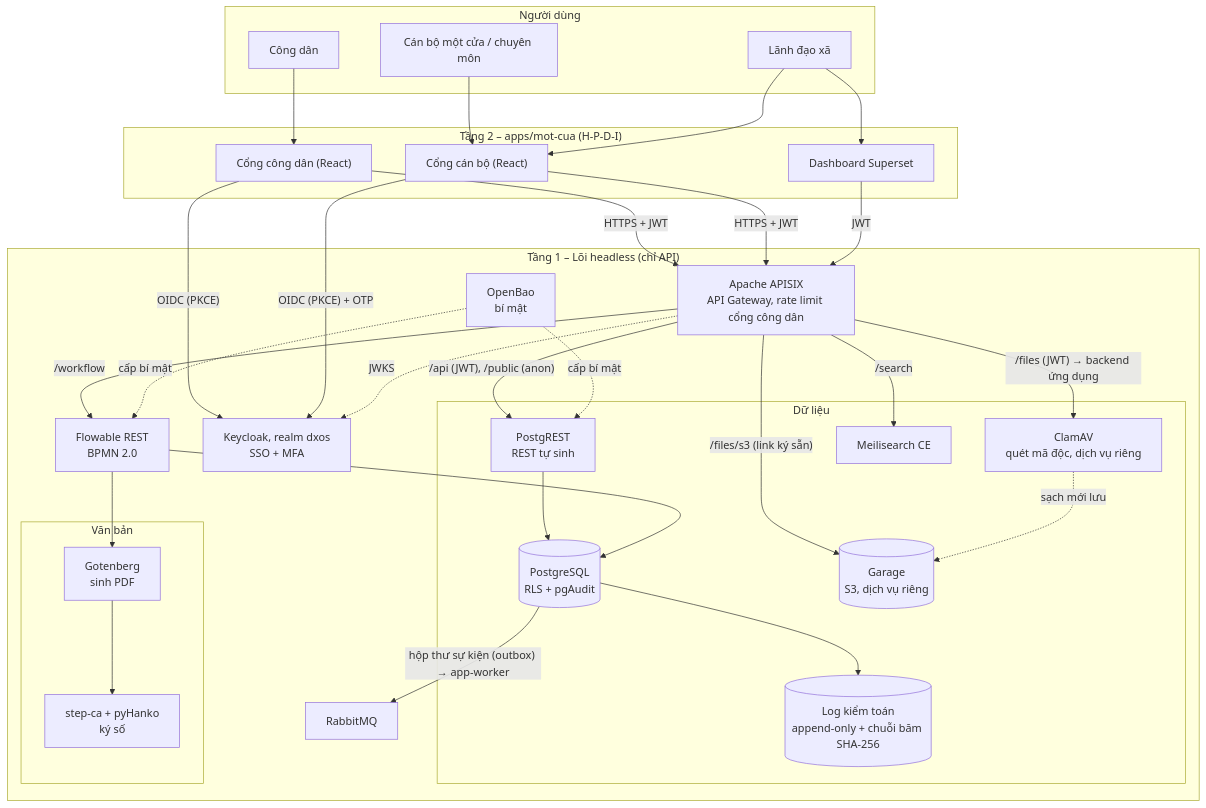
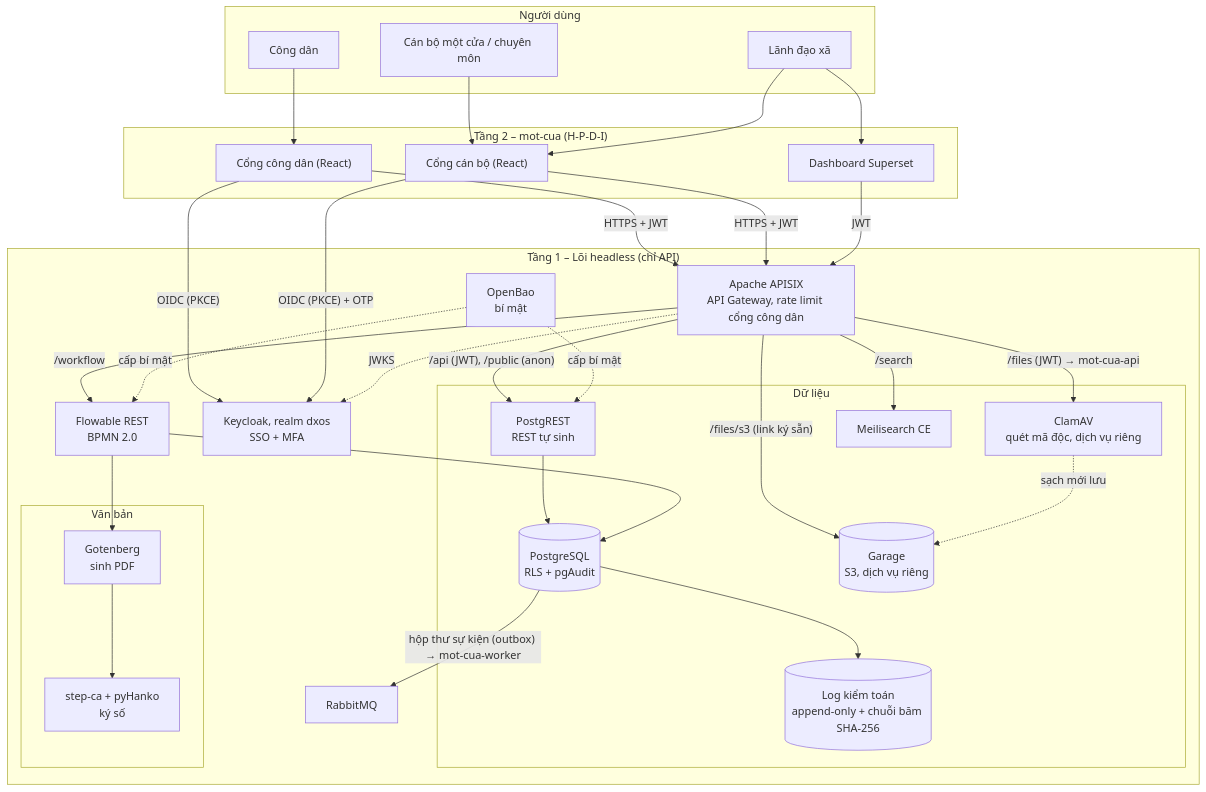
The first of 8 diagrams in docs/architecture.md (commune-dxos/commune-dxos), drawn with Mermaid before and after one commit. The commit also changed other lines of this file and 141 other files, not shown here.

First line of the commit message:
refactor(thu-tuc): mô hình gói thủ tục nen-tang/ + mot-cua/ + thu-tuc/ (#30)

````diff
--- a/docs/architecture.md
+++ b/docs/architecture.md
@@ -17,65 +17,65 @@
 ```mermaid
 flowchart TB
   subgraph U["Người dùng"]
     CD["Công dân"]
     CB["Cán bộ một cửa / chuyên môn"]
     LD["Lãnh đạo xã"]
   end
 
-  subgraph T2["Tầng 2 – apps/mot-cua (H-P-D-I)"]
+  subgraph T2["Tầng 2 – mot-cua (H-P-D-I)"]
     WEBCD["Cổng công dân (React)"]
     WEBCB["Cổng cán bộ (React)"]
     BI["Dashboard Superset"]
   end
 
   subgraph T1["Tầng 1 – Lõi headless (chỉ API)"]
     KC["Keycloak, realm dxos<br/>SSO + MFA"]
     GW["Apache APISIX<br/>API Gateway, rate limit cổng công dân"]
 
     subgraph DATA["Dữ liệu"]
       PGR["PostgREST<br/>REST tự sinh"]
       PG[("PostgreSQL<br/>RLS + pgAudit")]
       AUD[("Log kiểm toán<br/>append-only + chuỗi băm SHA-256")]
       S3[("Garage<br/>S3, dịch vụ riêng")]
       AV["ClamAV<br/>quét mã độc, dịch vụ riêng"]
       MS["Meilisearch CE"]
     end
 
     FL["Flowable REST<br/>BPMN 2.0"]
     MQ["RabbitMQ"]
     BAO["OpenBao<br/>bí mật"]
 
     subgraph DOCS["Văn bản"]
       GOT["Gotenberg<br/>sinh PDF"]
       CA["step-ca + pyHanko<br/>ký số"]
     end
   end
 
   CD --> WEBCD
   CB --> WEBCB
   LD --> WEBCB
   LD --> BI
 
   WEBCD -- "OIDC (PKCE)" --> KC
   WEBCB -- "OIDC (PKCE) + OTP" --> KC
   WEBCD -- "HTTPS + JWT" --> GW
   WEBCB -- "HTTPS + JWT" --> GW
   BI -- "JWT" --> GW
 
   GW -.->|JWKS| KC
   GW -- "/api (JWT), /public (anon)" --> PGR
   GW -- "/workflow" --> FL
-  GW -- "/files (JWT) → backend ứng dụng" --> AV
+  GW -- "/files (JWT) → mot-cua-api" --> AV
   GW -- "/files/s3 (link ký sẵn)" --> S3
   GW -- "/search" --> MS
 
   PGR --> PG
   PG --> AUD
   FL --> PG
-  PG -- "hộp thư sự kiện (outbox) → app-worker" --> MQ
+  PG -- "hộp thư sự kiện (outbox) → mot-cua-worker" --> MQ
   AV -.->|sạch mới lưu| S3
   FL --> GOT --> CA
 
   BAO -.->|cấp bí mật| PGR
   BAO -.->|cấp bí mật| FL
 ```
````
